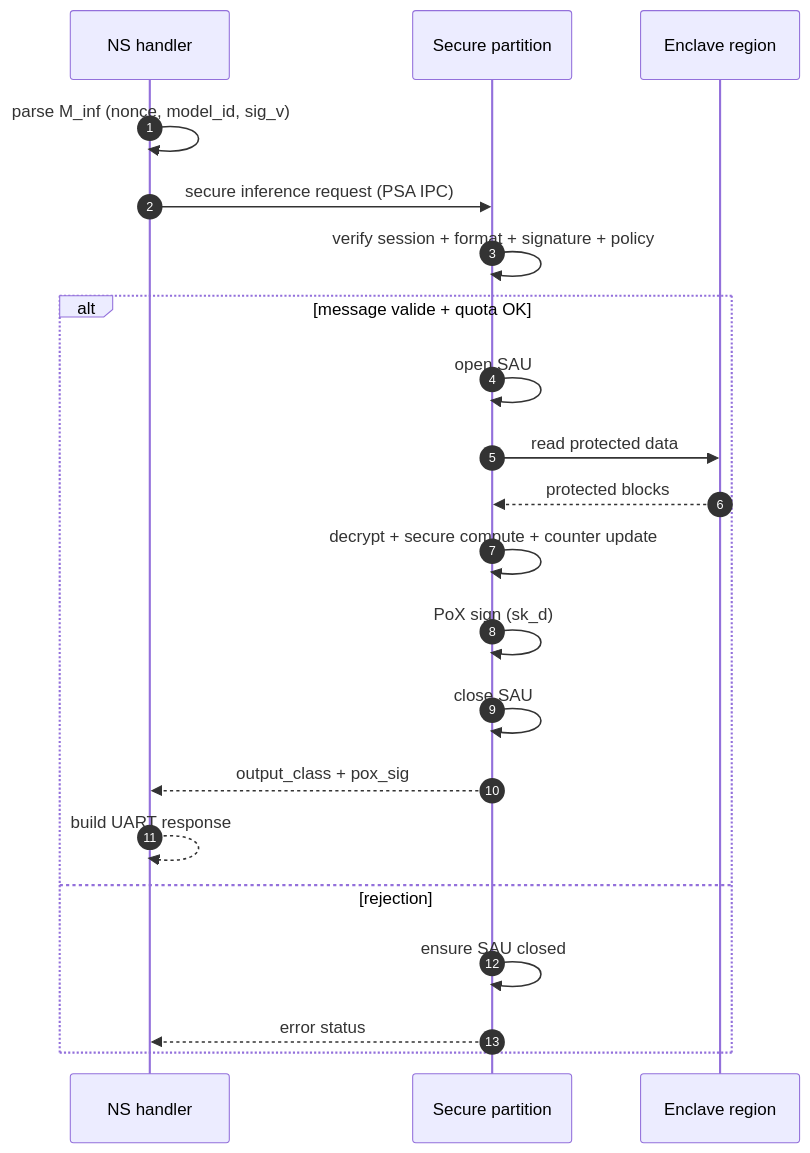
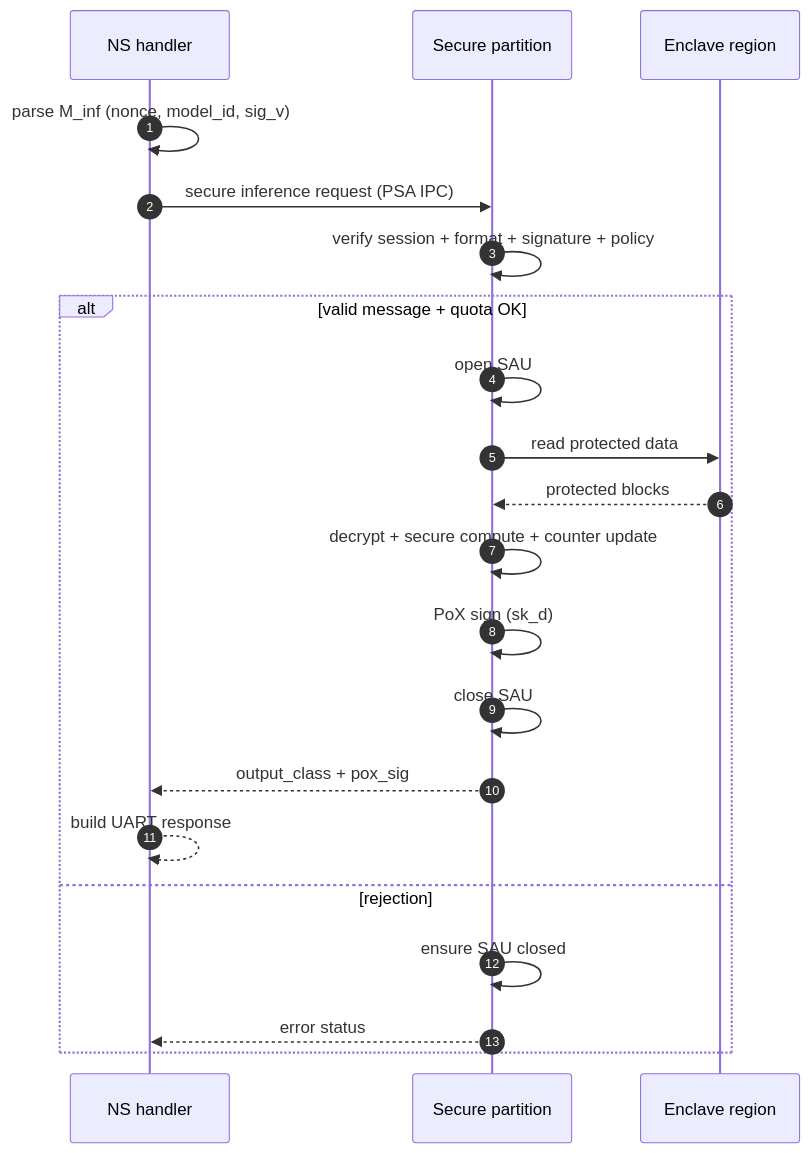
The sixth of 9 diagrams in md/ARCHITECTURE_GLOBALE_DESSINS.md (kiri-style/VeCoDI), drawn with Mermaid before and after one commit. The commit also changed other lines of this file and 3 other files, not shown here.

Commit message:
docs: clarify enclave info lifecycle and architecture

````diff
--- a/md/ARCHITECTURE_GLOBALE_DESSINS.md
+++ b/md/ARCHITECTURE_GLOBALE_DESSINS.md
@@ -169,25 +200,25 @@
 ```mermaid
 sequenceDiagram
     autonumber
     participant N as NS handler
     participant S as Secure partition
     participant E as Enclave region
 
     N->>N: parse M_inf (nonce, model_id, sig_v)
     N->>S: secure inference request (PSA IPC)
 
     S->>S: verify session + format + signature + policy
-    alt message valide + quota OK
+    alt valid message + quota OK
         S->>S: open SAU
         S->>E: read protected data
         E-->>S: protected blocks
         S->>S: decrypt + secure compute + counter update
         S->>S: PoX sign (sk_d)
         S->>S: close SAU
         S-->>N: output_class + pox_sig
         N-->>N: build UART response
     else rejection
         S->>S: ensure SAU closed
         S-->>N: error status
     end
 ```
````
